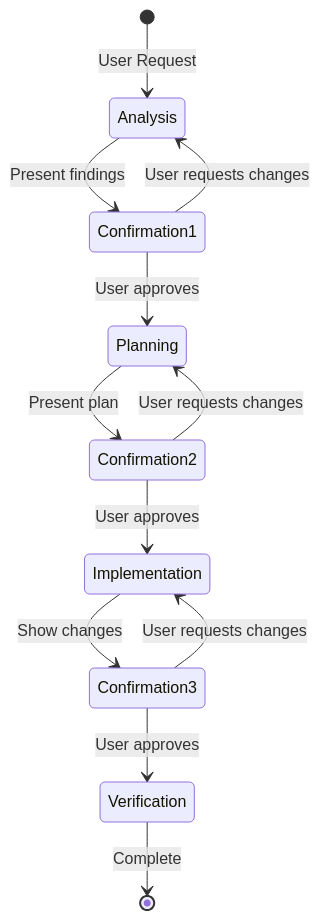
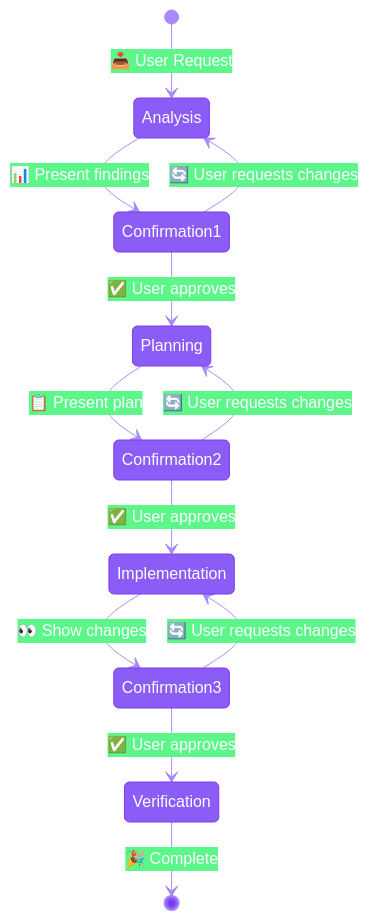
The first of 5 diagrams in patterns/07-wizard-workflows.md (ThibautMelen/agentic-ai-systems), drawn with Mermaid before and after one commit. The commit also changed other lines of this file and 7 other files, not shown here.

First line of the commit message:
style(diagrams): add vibrant colors to all Mermaid diagrams

````diff
--- a/patterns/07-wizard-workflows.md
+++ b/patterns/07-wizard-workflows.md
@@ -13,18 +13,19 @@
 ```mermaid
+%%{init: {'theme': 'base', 'themeVariables': { 'primaryColor': '#8b5cf6', 'primaryTextColor': '#ffffff', 'primaryBorderColor': '#7c3aed', 'lineColor': '#a78bfa'}}}%%
 stateDiagram-v2
-    [*] --> Analysis: User Request
+    [*] --> Analysis: 📥 User Request
 
-    Analysis --> Confirmation1: Present findings
-    Confirmation1 --> Planning: User approves
-    Confirmation1 --> Analysis: User requests changes
+    Analysis --> Confirmation1: 📊 Present findings
+    Confirmation1 --> Planning: ✅ User approves
+    Confirmation1 --> Analysis: 🔄 User requests changes
 
-    Planning --> Confirmation2: Present plan
-    Confirmation2 --> Implementation: User approves
-    Confirmation2 --> Planning: User requests changes
+    Planning --> Confirmation2: 📋 Present plan
+    Confirmation2 --> Implementation: ✅ User approves
+    Confirmation2 --> Planning: 🔄 User requests changes
 
-    Implementation --> Confirmation3: Show changes
-    Confirmation3 --> Verification: User approves
-    Confirmation3 --> Implementation: User requests changes
+    Implementation --> Confirmation3: 👀 Show changes
+    Confirmation3 --> Verification: ✅ User approves
+    Confirmation3 --> Implementation: 🔄 User requests changes
 
-    Verification --> [*]: Complete
+    Verification --> [*]: 🎉 Complete
 ```
````
